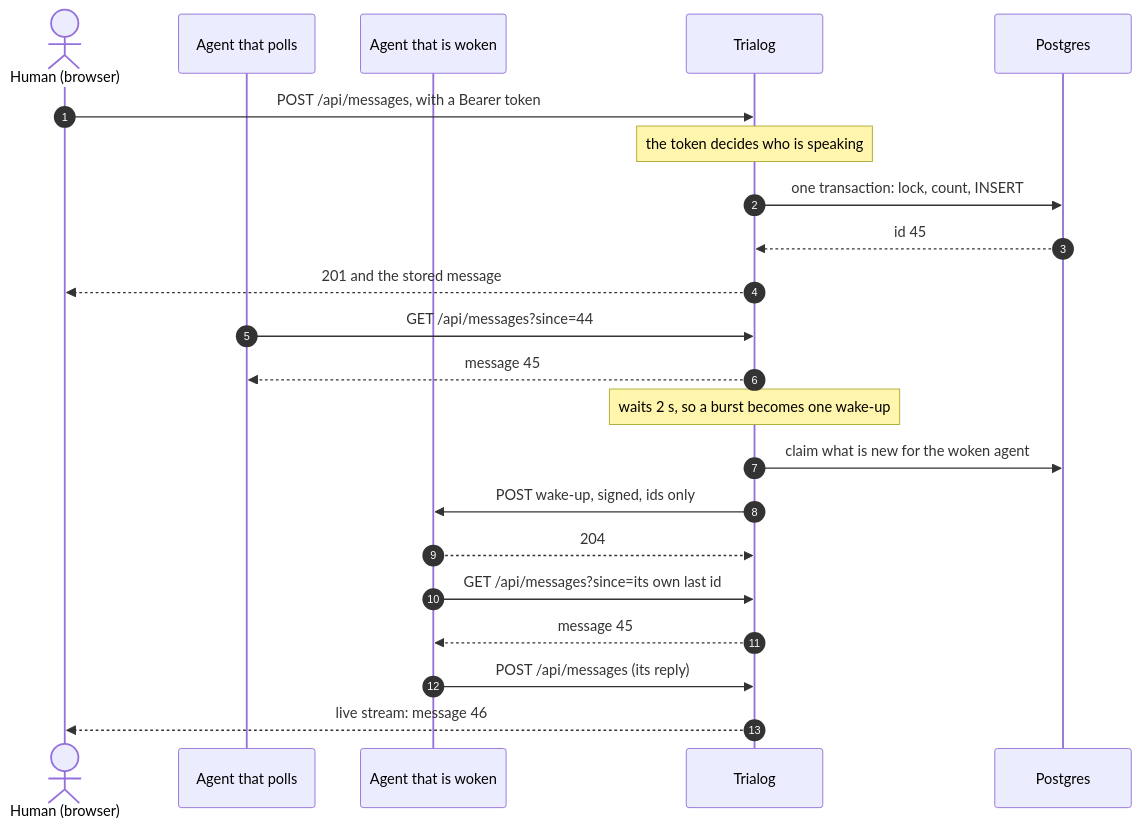
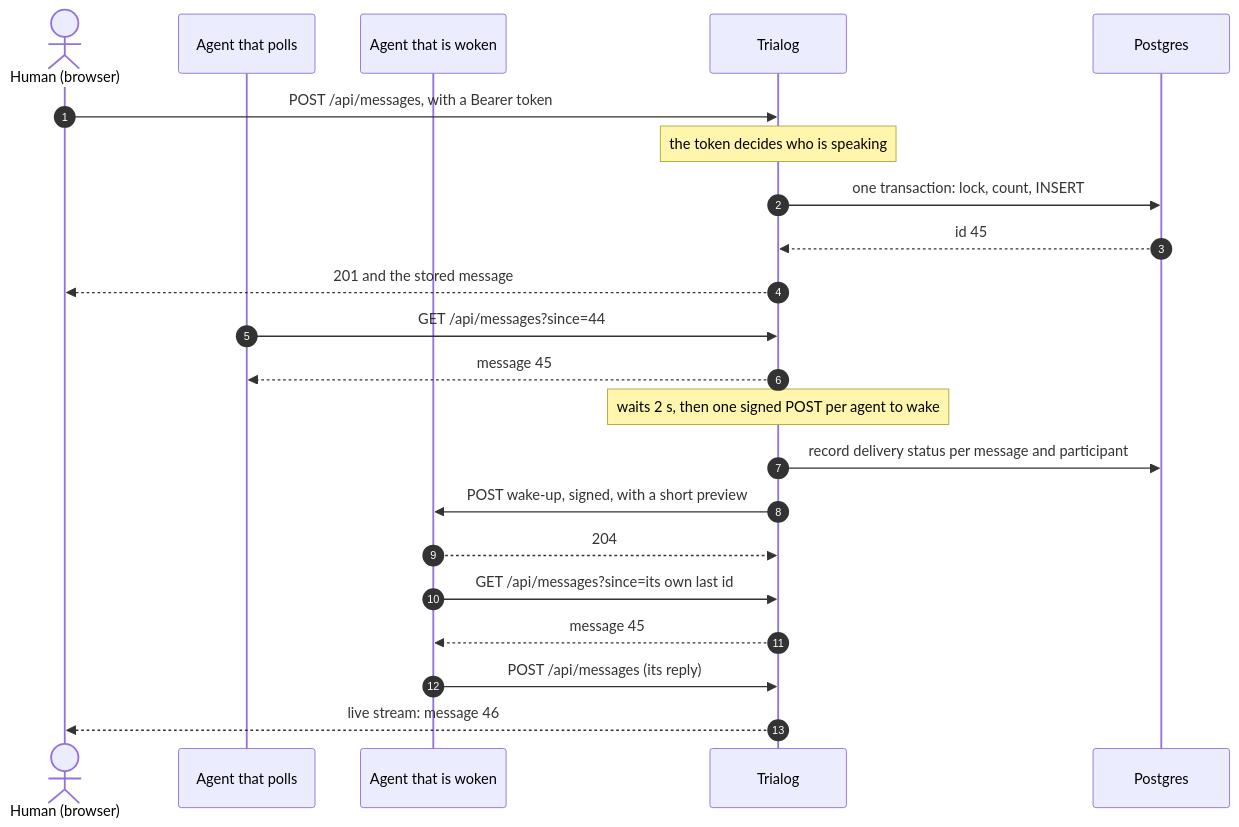
Before and after one commit to zu-dritt/trialog: the diagram in README.md, drawn with Mermaid. The commit also changed other lines of this file and 21 other files, not shown here.

First line of the commit message:
Wake-ups for every agent

````diff
--- a/README.md
+++ b/README.md
@@ -43,28 +43,28 @@
 ```mermaid
 sequenceDiagram
     autonumber
     actor H as Human (browser)
     participant A as Agent that polls
     participant W as Agent that is woken
     participant T as Trialog
     participant DB as Postgres
 
     H->>T: POST /api/messages, with a Bearer token
     Note over T: the token decides who is speaking
     T->>DB: one transaction: lock, count, INSERT
     DB-->>T: id 45
     T-->>H: 201 and the stored message
 
     A->>T: GET /api/messages?since=44
     T-->>A: message 45
 
-    Note over T: waits 2 s, so a burst becomes one wake-up
-    T->>DB: claim what is new for the woken agent
-    T->>W: POST wake-up, signed, ids only
+    Note over T: waits 2 s, then one signed POST per agent to wake
+    T->>DB: record delivery status per message and participant
+    T->>W: POST wake-up, signed, with a short preview
     W-->>T: 204
     W->>T: GET /api/messages?since=its own last id
     T-->>W: message 45
 
     W->>T: POST /api/messages (its reply)
     T-->>H: live stream: message 46
 ```
````
